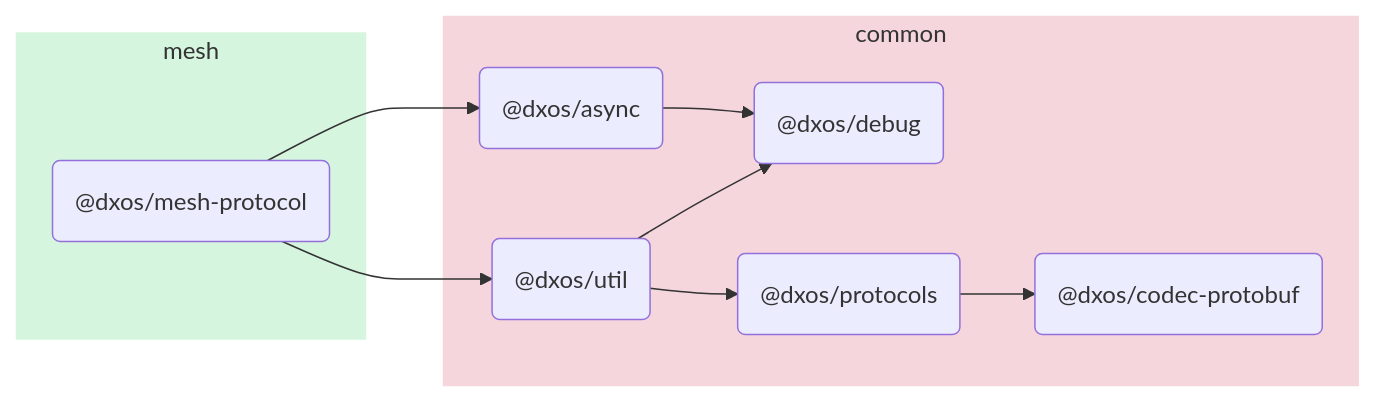
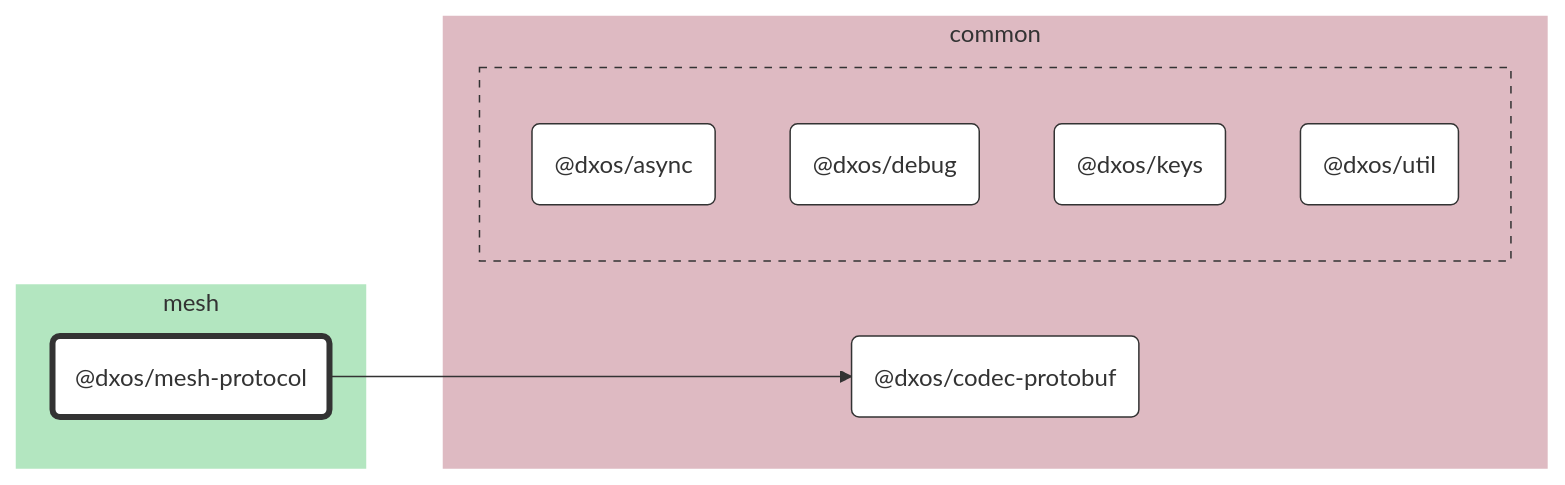
Before and after one commit to dxos/dxos: the diagram in packages/mesh/mesh-protocol/docs/README.md, drawn with Mermaid. The commit also changed other lines of this file and 89 other files, not shown here.

````diff
--- a/packages/mesh/mesh-protocol/docs/README.md
+++ b/packages/mesh/mesh-protocol/docs/README.md
@@ -5,24 +7,51 @@
 ```mermaid
-flowchart LR;
+%%{ init: {'flowchart':{'curve':'basis'}} }%%
 
+flowchart LR
+
+%% Links
+dxos/mesh-protocol --> dxos/codec-protobuf;
+
+%% Sections
 subgraph mesh
-  style mesh fill:#d6f5de,stroke:#fff;
-  dxos/mesh-protocol("@dxos/mesh-protocol");
+  style mesh fill:#b3e6c0,stroke:#fff;
+
+  dxos/mesh-protocol("@dxos/mesh-protocol")
 end
 
 subgraph common
-  style common fill:#f5d6dd,stroke:#fff;
-  dxos/async("@dxos/async");
-  dxos/debug("@dxos/debug");
-  dxos/codec-protobuf("@dxos/codec-protobuf");
-  dxos/util("@dxos/util");
-  dxos/protocols("@dxos/protocols");
+  style common fill:#debac2,stroke:#fff;
+
+  dxos/codec-protobuf("@dxos/codec-protobuf")
+
+  subgraph common-excluded [ ]
+    style common-excluded fill:#debac2,stroke:#333,stroke-dasharray:5 5;
+
+    dxos/async("@dxos/async")
+    dxos/debug("@dxos/debug")
+    dxos/keys("@dxos/keys")
+    dxos/util("@dxos/util")
+  end
 end
 
-dxos/mesh-protocol --> dxos/async;
-dxos/async --> dxos/debug;
-dxos/mesh-protocol --> dxos/util;
-dxos/util --> dxos/debug;
-dxos/util --> dxos/protocols;
-dxos/protocols --> dxos/codec-protobuf;
+
+%% Hyperlinks
+click dxos/async "dxos/dxos/tree/main/packages/common/async/docs";
+click dxos/codec-protobuf "dxos/dxos/tree/main/packages/common/codec-protobuf/docs";
+click dxos/debug "dxos/dxos/tree/main/packages/common/debug/docs";
+click dxos/keys "dxos/dxos/tree/main/packages/common/keys/docs";
+click dxos/util "dxos/dxos/tree/main/packages/common/util/docs";
+
+%% Styles
+classDef rootNode fill:#fff,stroke:#333,stroke-width:4px
+classDef defaultNode fill:#fff,stroke:#333,stroke-width:1px
+linkStyle default stroke:#333,stroke-width:1px
+
+dxos/mesh-protocol:::rootNode
+
+dxos/async:::defaultNode
+dxos/codec-protobuf:::defaultNode
+dxos/debug:::defaultNode
+dxos/keys:::defaultNode
+dxos/util:::defaultNode
 ```
````
